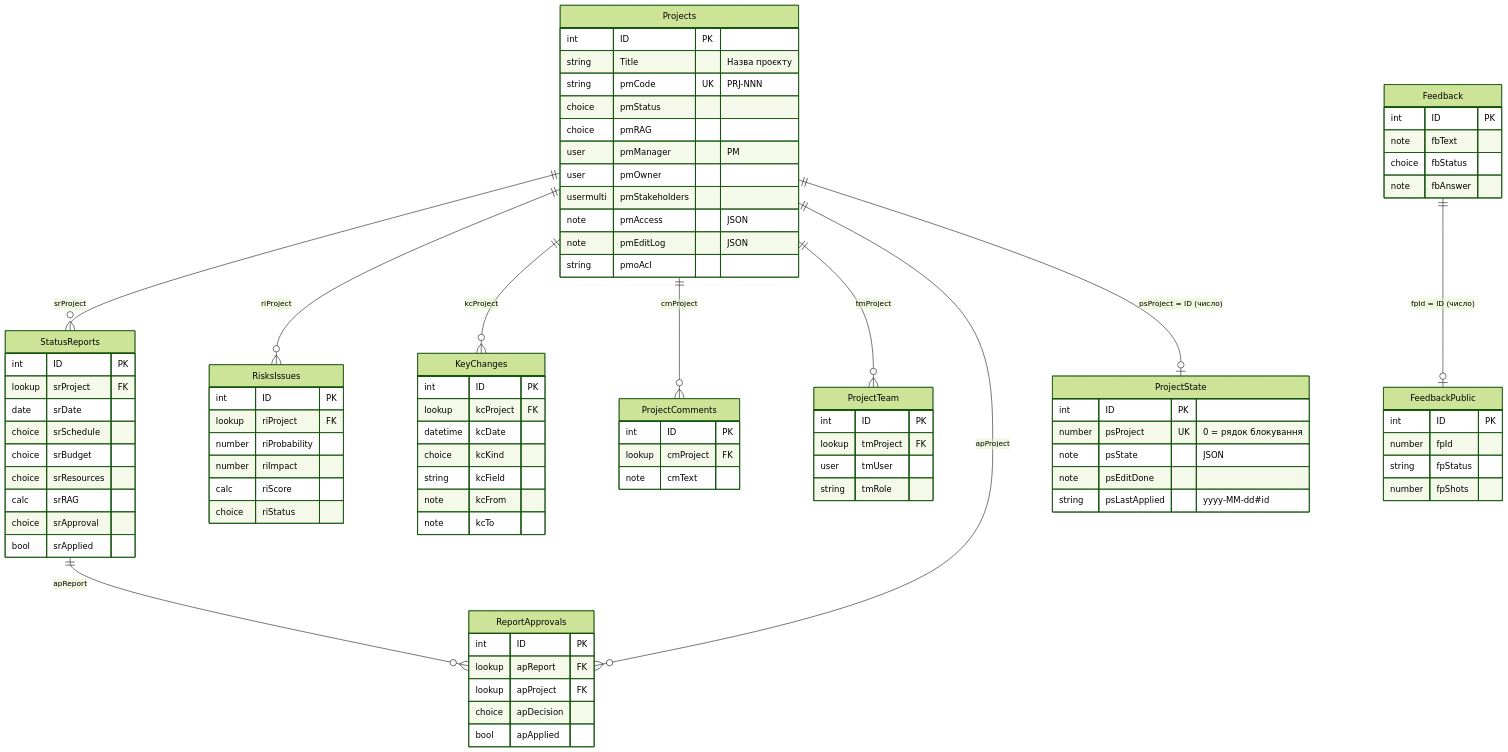
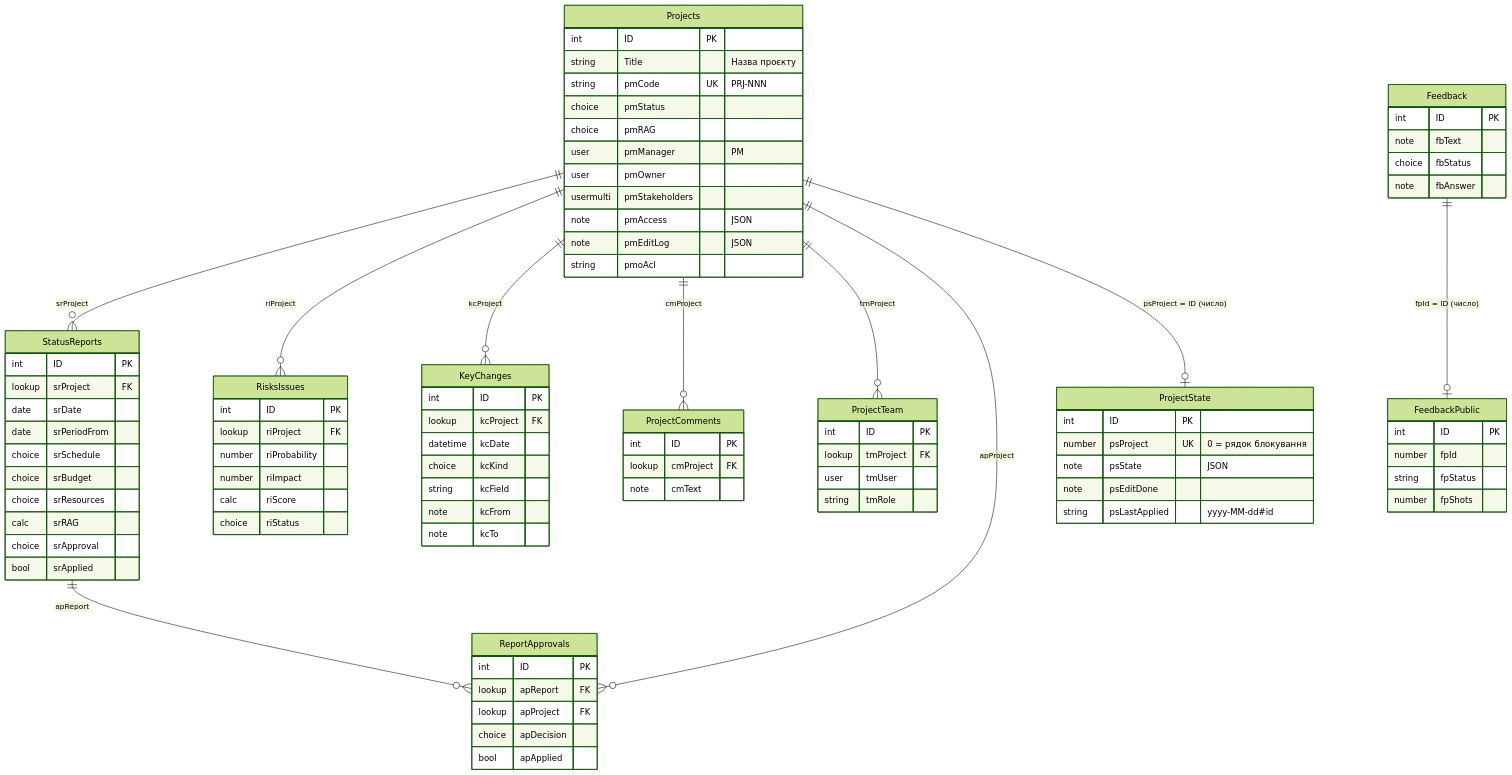
Before and after one commit to Acidsly/pmo-portal: the diagram in docs/DATA-MODEL.md, drawn with Mermaid (forest theme). The commit also changed other lines of this file and 15 other files, not shown here.

```diff
--- a/docs/DATA-MODEL.md
+++ b/docs/DATA-MODEL.md
@@ -56,6 +56,7 @@
         int ID PK
         lookup srProject FK
         date srDate
+        date srPeriodFrom
         choice srSchedule
         choice srBudget
         choice srResources
```
